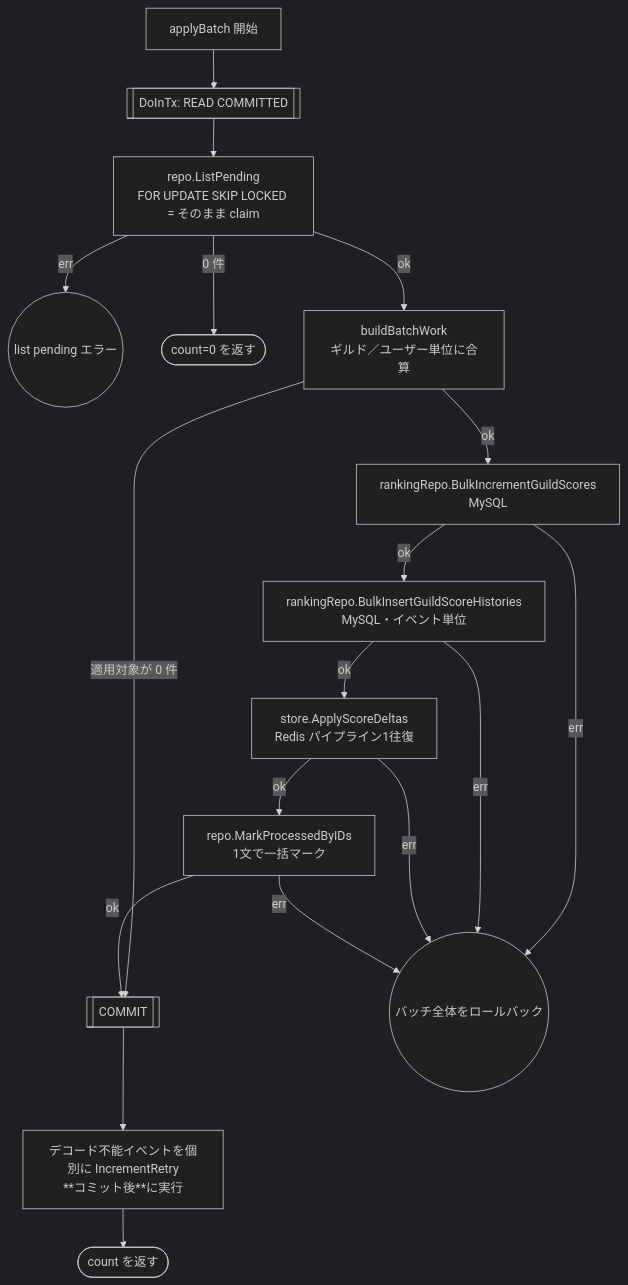
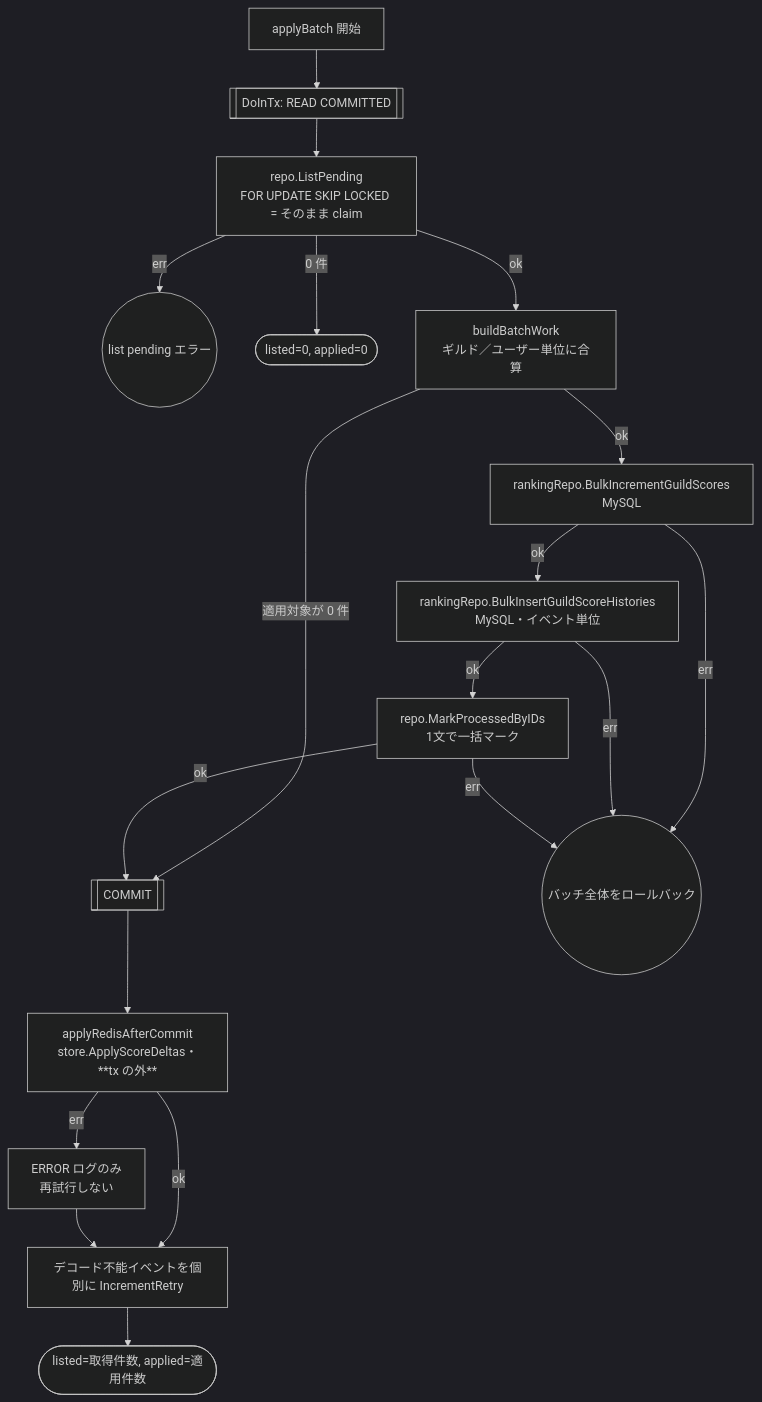
One commit to uchidas-rogue/game-api-sample changed the third of 4 diagrams in docs/testing/outbox-worker.md. Above: the diagram before and after it, drawn with Mermaid (dark theme). The commit also changed other lines of this file and 7 other files, not shown here.

````diff
--- a/docs/testing/outbox-worker.md
+++ b/docs/testing/outbox-worker.md
@@ -112,22 +193,23 @@
 ```mermaid
 flowchart TD
     BA[applyBatch 開始] --> B1[[DoInTx: READ COMMITTED]]
     B1 --> B2[repo.ListPending<br/>FOR UPDATE SKIP LOCKED = そのまま claim]
     B2 -- err --> BE1((list pending エラー))
-    B2 -- 0 件 --> BZ([count=0 を返す])
+    B2 -- 0 件 --> BZ([listed=0, applied=0])
     B2 -- ok --> B3[buildBatchWork<br/>ギルド／ユーザー単位に合算]
 
     B3 -- 適用対象が 0 件 --> BC
     B3 -- ok --> M1[rankingRepo.BulkIncrementGuildScores<br/>MySQL]
     M1 -- err --> BE2((バッチ全体をロールバック))
     M1 -- ok --> M2[rankingRepo.BulkInsertGuildScoreHistories<br/>MySQL・イベント単位]
     M2 -- err --> BE2
-    M2 -- ok --> R[store.ApplyScoreDeltas<br/>Redis パイプライン1往復]
-    R -- err --> BE2
-    R -- ok --> MK[repo.MarkProcessedByIDs<br/>1文で一括マーク]
+    M2 -- ok --> MK[repo.MarkProcessedByIDs<br/>1文で一括マーク]
     MK -- err --> BE2
     MK -- ok --> BC[[COMMIT]]
 
-    BC --> RT[デコード不能イベントを個別に IncrementRetry<br/>**コミット後**に実行]
-    RT --> BZ2([count を返す])
+    BC --> R[applyRedisAfterCommit<br/>store.ApplyScoreDeltas・**tx の外**]
+    R -- err --> RE[ERROR ログのみ<br/>再試行しない]
+    R -- ok --> RT
+    RE --> RT[デコード不能イベントを個別に IncrementRetry]
+    RT --> BZ2([listed=取得件数, applied=適用件数])
 ```
````
